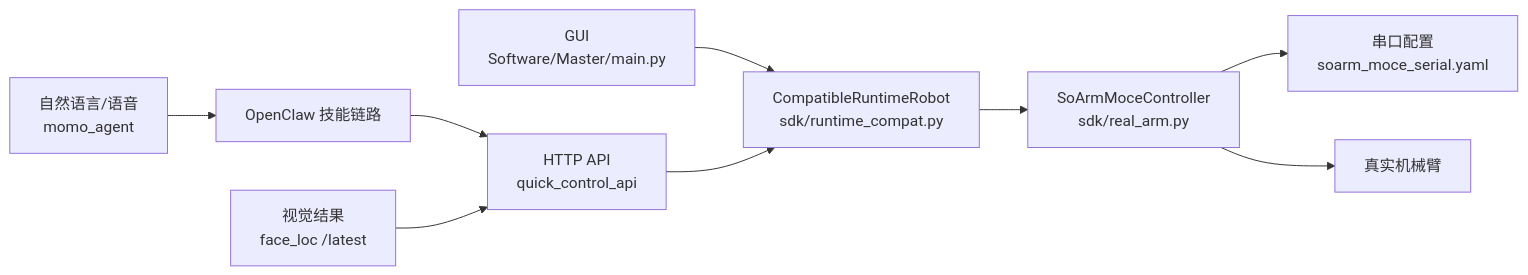
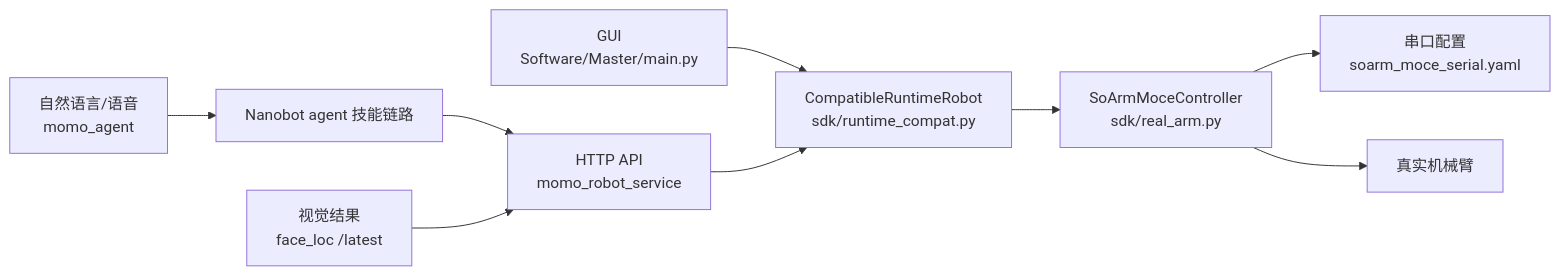
The diagram in docs/0基础机械臂快速入门.md (wanhaoniu/MomoAgent), drawn with Mermaid before and after one commit. The commit also changed other lines of this file and 53 other files, not shown here.

````diff
--- a/docs/0基础机械臂快速入门.md
+++ b/docs/0基础机械臂快速入门.md
@@ -40,11 +40,11 @@
 ```mermaid
 graph LR
     A["GUI<br/>Software/Master/main.py"] --> B["CompatibleRuntimeRobot<br/>sdk/runtime_compat.py"]
-    C["HTTP API<br/>quick_control_api"] --> B
-    D["自然语言/语音<br/>momo_agent"] --> E["OpenClaw 技能链路"]
+    C["HTTP API<br/>momo_robot_service"] --> B
+    D["自然语言/语音<br/>momo_agent"] --> E["Nanobot agent 技能链路"]
     E --> C
     V["视觉结果<br/>face_loc /latest"] --> C
     B --> S["SoArmMoceController<br/>sdk/real_arm.py"]
     S --> G["串口配置<br/>soarm_moce_serial.yaml"]
     S --> H["真实机械臂"]
 ```
````
